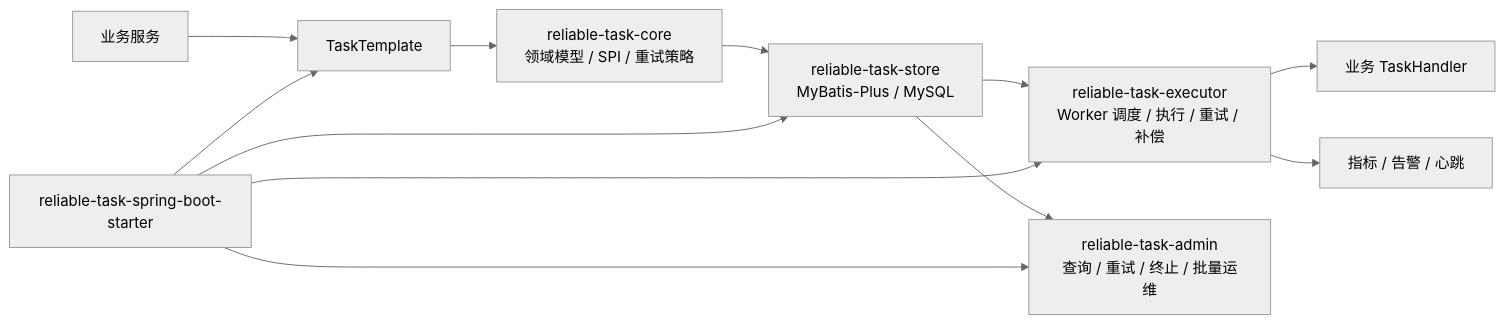
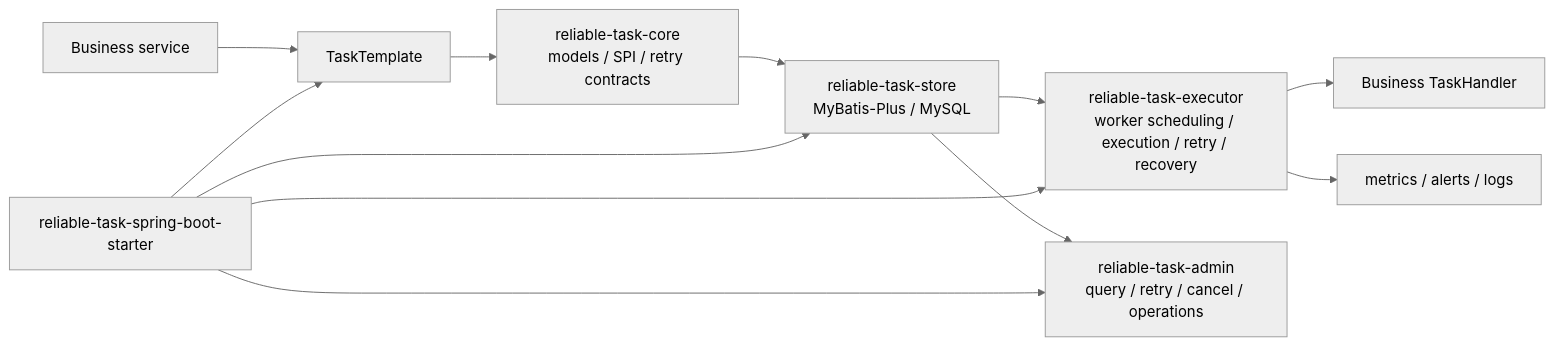
The diagram in README.md (naruto863/reliable-task), drawn with Mermaid (neutral theme) before and after one commit. The commit also changed other lines of this file and 3 other files, not shown here.

````diff
--- a/README.md
+++ b/README.md
@@ -71,14 +57,14 @@
 ```mermaid
 flowchart LR
-    A["业务服务"] --> B["TaskTemplate"]
-    B --> C["reliable-task-core<br/>领域模型 / SPI / 重试策略"]
+    A["Business service"] --> B["TaskTemplate"]
+    B --> C["reliable-task-core<br/>models / SPI / retry contracts"]
     C --> D["reliable-task-store<br/>MyBatis-Plus / MySQL"]
-    D --> E["reliable-task-executor<br/>Worker 调度 / 执行 / 重试 / 补偿"]
-    E --> F["业务 TaskHandler"]
-    E --> G["指标 / 告警 / 心跳"]
-    D --> H["reliable-task-admin<br/>查询 / 重试 / 终止 / 批量运维"]
+    D --> E["reliable-task-executor<br/>worker scheduling / execution / retry / recovery"]
+    E --> F["Business TaskHandler"]
+    E --> G["metrics / alerts / logs"]
+    D --> H["reliable-task-admin<br/>query / retry / cancel / operations"]
     I["reliable-task-spring-boot-starter"] --> B
     I --> D
     I --> E
     I --> H
 ```
````
